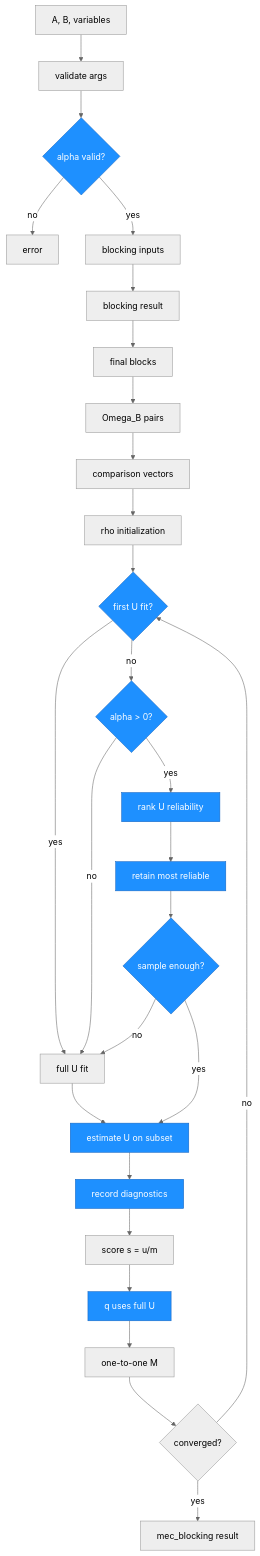
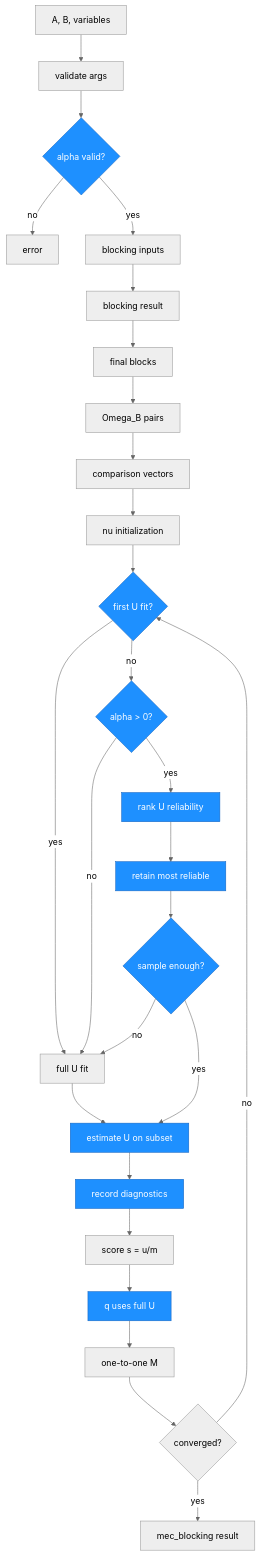
Before and after one commit to ncn-foreigners/automatedRecLin: the third of 3 diagrams in ARCHITECTURE.md, drawn with Mermaid. The commit also changed other lines of this file and 7 other files, not shown here.

````diff
--- a/ARCHITECTURE.md
+++ b/ARCHITECTURE.md
@@ -183,41 +181,41 @@
 ```mermaid
 %%{init: {'theme': 'neutral'}}%%
 graph TD
     Input["A, B, variables"]
     Input --> Args["validate args"]
     Args --> Alpha{"alpha valid?"}
     Alpha -- no --> Err["error"]
     Alpha -- yes --> BlockIn["blocking inputs"]
     BlockIn --> BlockRun["blocking result"]
     BlockRun --> Blocks["final blocks"]
     Blocks --> Pairs["Omega_B pairs"]
     Pairs --> Vectors["comparison vectors"]
-    Vectors --> Init["rho initialization"]
+    Vectors --> Init["nu initialization"]
     Init --> First{"first U fit?"}
     First -- yes --> FullU["full U fit"]
     First -- no --> Filter{"alpha > 0?"}
     Filter -- no --> FullU
     Filter -- yes --> Rank["rank U reliability"]
     Rank --> Keep["retain most reliable"]
     Keep --> Enough{"sample enough?"}
     Enough -- no --> FullU
     Enough -- yes --> UFit["estimate U on subset"]
     FullU --> UFit
     UFit --> Diag["record diagnostics"]
     Diag --> Score["score s = u/m"]
     Score --> Q["q uses full U"]
     Q --> Select["one-to-one M"]
     Select --> Done{"converged?"}
     Done -- no --> First
     Done -- yes --> Output["mec_blocking result"]
 
     style Alpha fill:#1e90ff,stroke:#1565c0,color:#fff
     style First fill:#1e90ff,stroke:#1565c0,color:#fff
     style Filter fill:#1e90ff,stroke:#1565c0,color:#fff
     style Rank fill:#1e90ff,stroke:#1565c0,color:#fff
     style Keep fill:#1e90ff,stroke:#1565c0,color:#fff
     style Enough fill:#1e90ff,stroke:#1565c0,color:#fff
     style UFit fill:#1e90ff,stroke:#1565c0,color:#fff
     style Diag fill:#1e90ff,stroke:#1565c0,color:#fff
     style Q fill:#1e90ff,stroke:#1565c0,color:#fff
 ```
````
